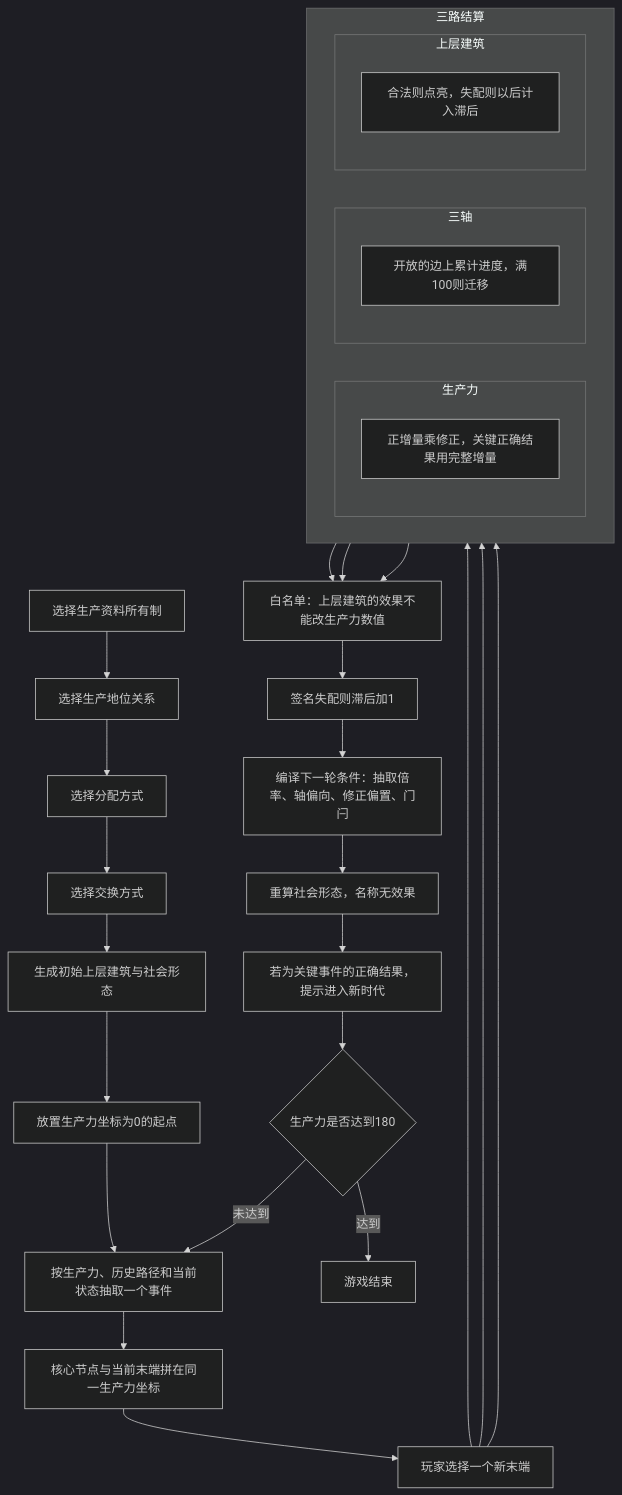
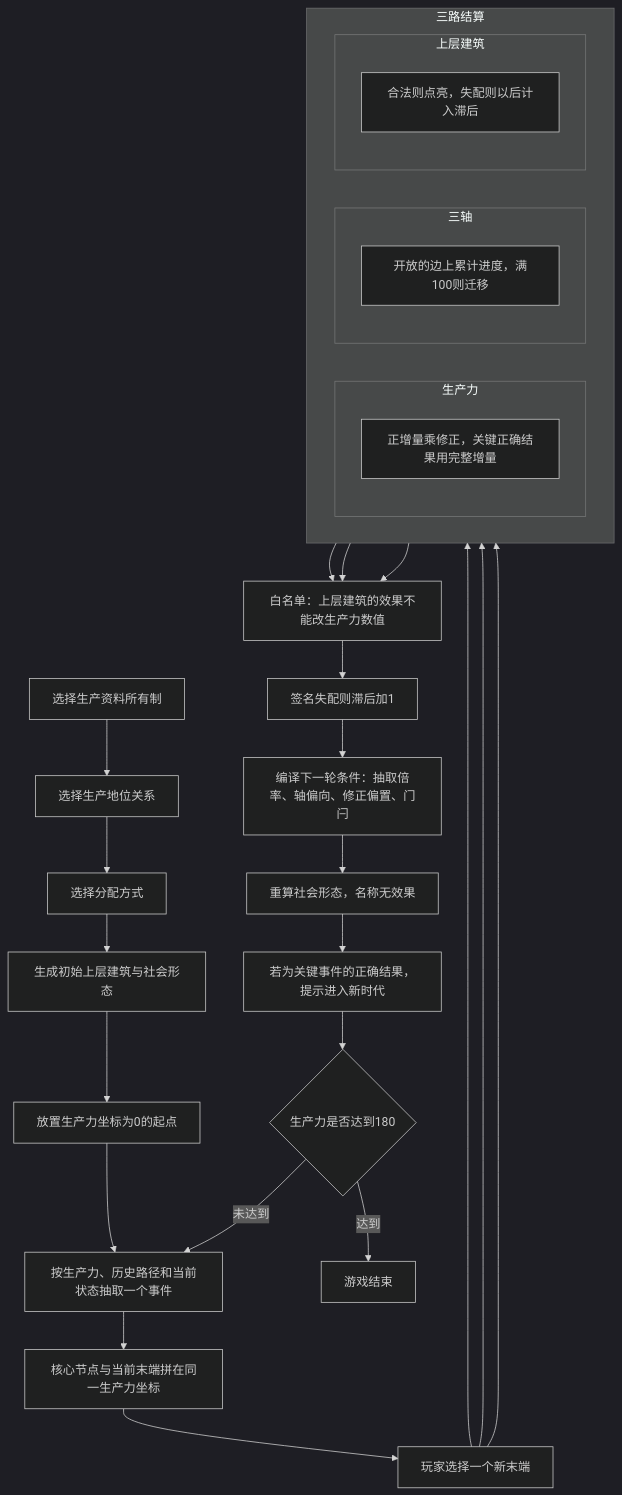
One commit to yiweiqin/mayuan-game changed the diagram in docs/gameplay-flow.md. Above: the diagram before and after it, drawn with Mermaid (dark theme). The commit also changed other lines of this file and 3 other files, not shown here.

````diff
--- a/docs/gameplay-flow.md
+++ b/docs/gameplay-flow.md
@@ -5,52 +5,51 @@
 ```mermaid
 flowchart TB
   own["选择生产资料所有制"]
   status["选择生产地位关系"]
   dist["选择分配方式"]
-  exchange["选择交换方式"]
   born["生成初始上层建筑与社会形态"]
   origin["放置生产力坐标为0的起点"]
 
-  own --> status --> dist --> exchange --> born --> origin
+  own --> status --> dist --> born --> origin
 
   draw["按生产力、历史路径和当前状态抽取一个事件"]
   splice["核心节点与当前末端拼在同一生产力坐标"]
   choose["玩家选择一个新末端"]
 
   origin --> draw --> splice --> choose
 
   subgraph settle [三路结算]
     direction LR
     subgraph laneP [生产力]
       direction TB
       prod["正增量乘修正，关键正确结果用完整增量"]
     end
     subgraph laneB [三轴]
       direction TB
       axis["开放的边上累计进度，满100则迁移"]
     end
     subgraph laneS [上层建筑]
       direction TB
       super["合法则点亮，失配则以后计入滞后"]
     end
   end
 
   choose --> prod
   choose --> axis
   choose --> super
 
   white["白名单：上层建筑的效果不能改生产力数值"]
   lag["签名失配则滞后加1"]
   cond["编译下一轮条件：抽取倍率、轴偏向、修正偏置、门闩"]
   formName["重算社会形态，名称无效果"]
   eraHint["若为关键事件的正确结果，提示进入新时代"]
   check{"生产力是否达到180"}
   ending["游戏结束"]
 
   prod --> white
   axis --> white
   super --> white
   white --> lag --> cond --> formName --> eraHint --> check
   check -->|未达到| draw
   check -->|达到| ending
 ```
````
